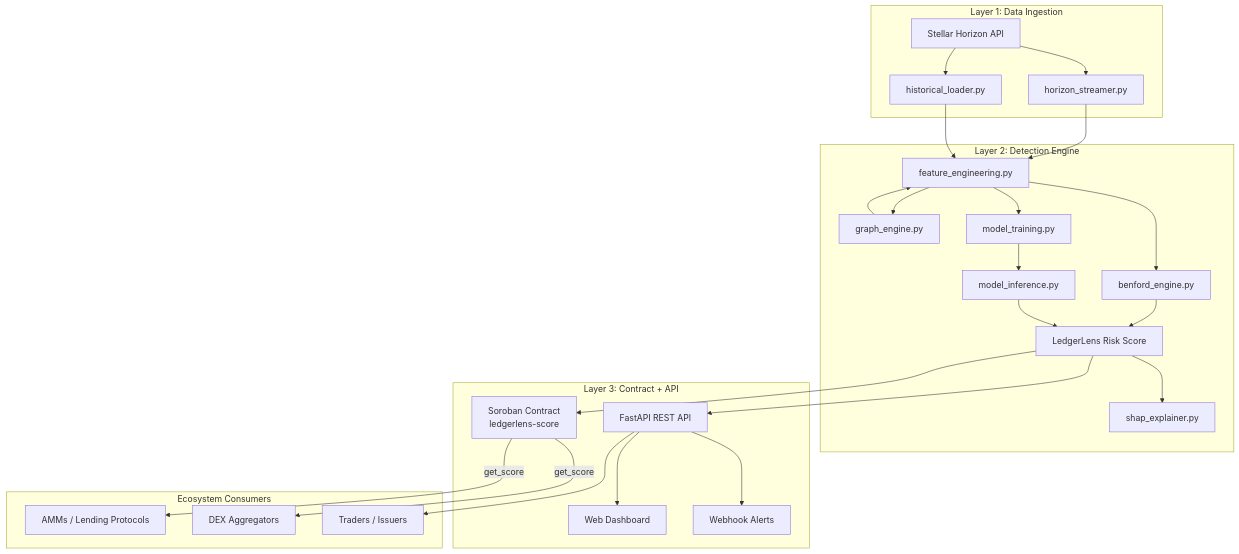
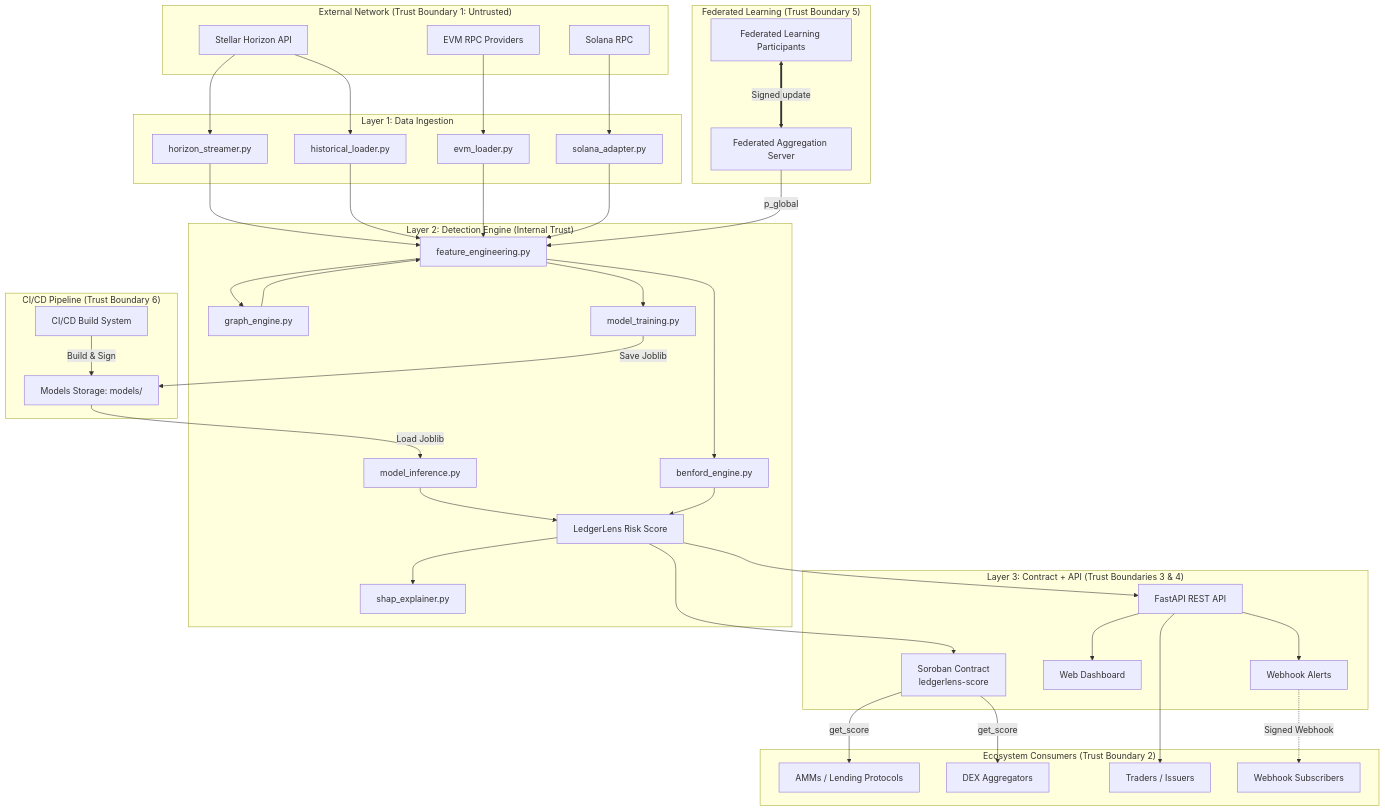
The diagram in README.md (Agencybuilds/Ledgerlens-core), drawn with Mermaid before and after one commit. The commit also changed other lines of this file and 6 other files, not shown here.

````diff
--- a/README.md
+++ b/README.md
@@ -52,12 +54,19 @@
 ```mermaid
 graph TB
+    subgraph External["External Network (Trust Boundary 1: Untrusted)"]
+        HOR[Stellar Horizon API]
+        EVM[EVM RPC Providers]
+        SOL[Solana RPC]
+    end
+
     subgraph Ingestion["Layer 1: Data Ingestion"]
-        HOR[Stellar Horizon API]
         STREAM[horizon_streamer.py]
         HIST[historical_loader.py]
+        EVM_LOAD[evm_loader.py]
+        SOL_ADAPT[solana_adapter.py]
     end
 
-    subgraph Detection["Layer 2: Detection Engine"]
+    subgraph Detection["Layer 2: Detection Engine (Internal Trust)"]
         BENF[benford_engine.py]
         FEAT[feature_engineering.py]
         GRAPH[graph_engine.py]
@@ -67,36 +76,67 @@
         SCORE[LedgerLens Risk Score]
     end
 
-    subgraph Output["Layer 3: Contract + API"]
+    subgraph Output["Layer 3: Contract + API (Trust Boundaries 3 & 4)"]
         CONTRACT[Soroban Contract\nledgerlens-score]
         API[FastAPI REST API]
         DASH[Web Dashboard]
         WEBHOOK[Webhook Alerts]
     end
 
-    subgraph Consumers["Ecosystem Consumers"]
+    subgraph Consumers["Ecosystem Consumers (Trust Boundary 2)"]
         AMM[AMMs / Lending Protocols]
         AGG[DEX Aggregators]
         USERS[Traders / Issuers]
+        SUB[Webhook Subscribers]
     end
 
+    subgraph Federation["Federated Learning (Trust Boundary 5)"]
+        FL_SERVER[Federated Aggregation Server]
+        FL_CLIENTS[Federated Learning Participants]
+    end
+
+    subgraph CICD["CI/CD Pipeline (Trust Boundary 6)"]
+        BUILD[CI/CD Build System]
+        MODELS[Models Storage: models/]
+    end
+
+    %% External to Ingestion
     HOR --> STREAM
     HOR --> HIST
+    EVM --> EVM_LOAD
+    SOL --> SOL_ADAPT
+
+    %% Ingestion to Engine
     STREAM --> FEAT
     HIST --> FEAT
+    EVM_LOAD --> FEAT
+    SOL_ADAPT --> FEAT
+
+    %% Engine internal
     FEAT --> BENF
     FEAT --> GRAPH
     GRAPH --> FEAT
     FEAT --> TRAIN
-    TRAIN --> INFER
+    TRAIN -->|Save Joblib| MODELS
+    MODELS -->|Load Joblib| INFER
+    BUILD -->|Build & Sign| MODELS
+    INFER --> SCORE
     BENF --> SCORE
-    INFER --> SCORE
+
+    %% Engine to Output/API
     SCORE --> SHAP
     SCORE --> CONTRACT
     SCORE --> API
+
+    %% Output to consumers
     API --> DASH
     API --> WEBHOOK
     CONTRACT -->|get_score| AMM
     CONTRACT -->|get_score| AGG
     API --> USERS
+    WEBHOOK -.->|Signed Webhook| SUB
+
+    %% Federated Learning
+    FL_CLIENTS <==>|Signed update| FL_SERVER
+    FL_SERVER -->|p_global| FEAT
 ```
````
